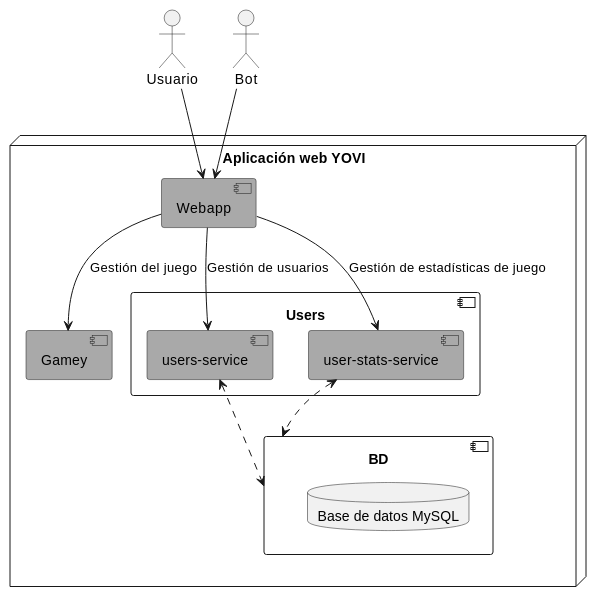
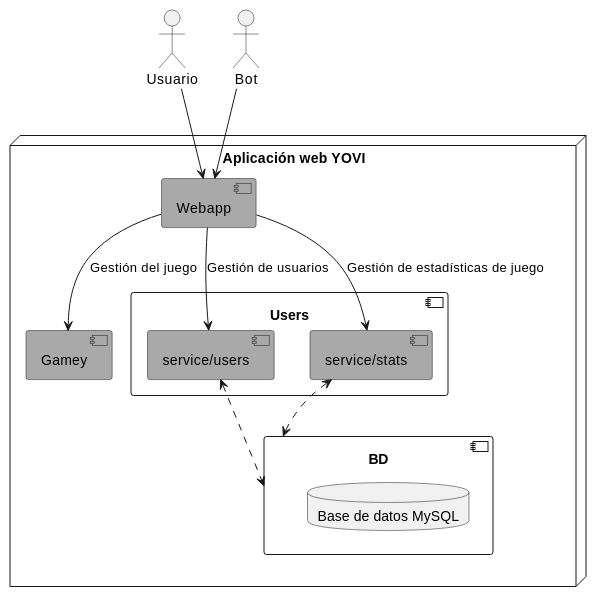
Before and after one commit to Arquisoft/yovi_es5b: the fourth of 4 diagrams in docs/src/05_building_block_view.adoc, drawn with PlantUML. The commit also changed other lines of this file, not shown here.

```diff
--- a/docs/src/05_building_block_view.adoc
+++ b/docs/src/05_building_block_view.adoc
@@ -269,29 +269,29 @@
 [plantuml,"vista-bloques-3-users",png]
 ----
 @startuml
 actor Usuario
 actor Bot
 
 node "Aplicación web YOVI" as yovi {
     component "Gamey" #DarkGray
     component Webapp #DarkGray
     component Users {
-        component "users-service" as users #DarkGray
-        component "user-stats-service" as stats #DarkGray
+        component "service/users" as users #DarkGray
+        component "service/stats" as stats #DarkGray
     }
     component BD as db{
         database "Base de datos MySQL"
     }
 }
 
 
 Usuario --> Webapp
 Bot --> Webapp
 Webapp --> users : "Gestión de usuarios"
 Webapp --> stats : "Gestión de estadísticas de juego"
 Webapp --> Gamey : "Gestión del juego"
 users <..> db
 stats <..> db
 
 @enduml
 ----
```
